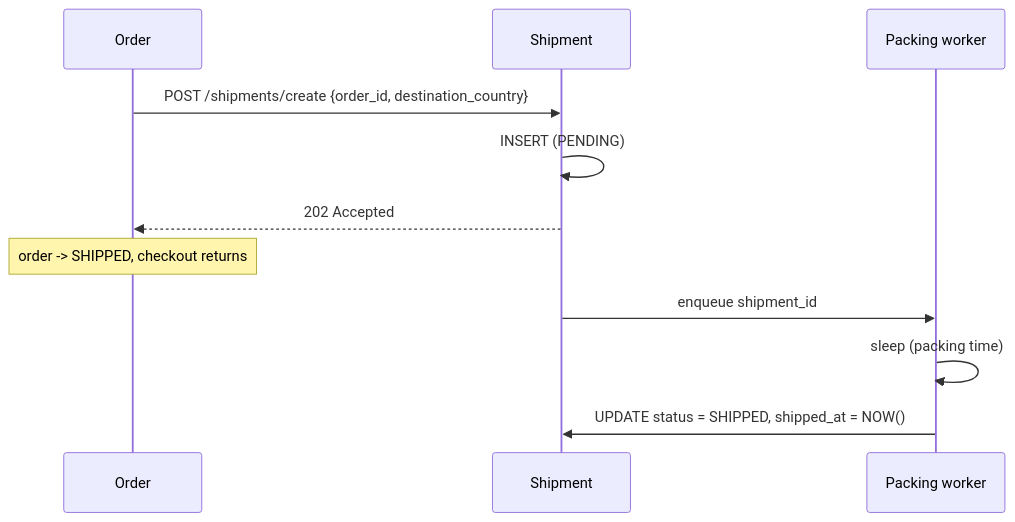
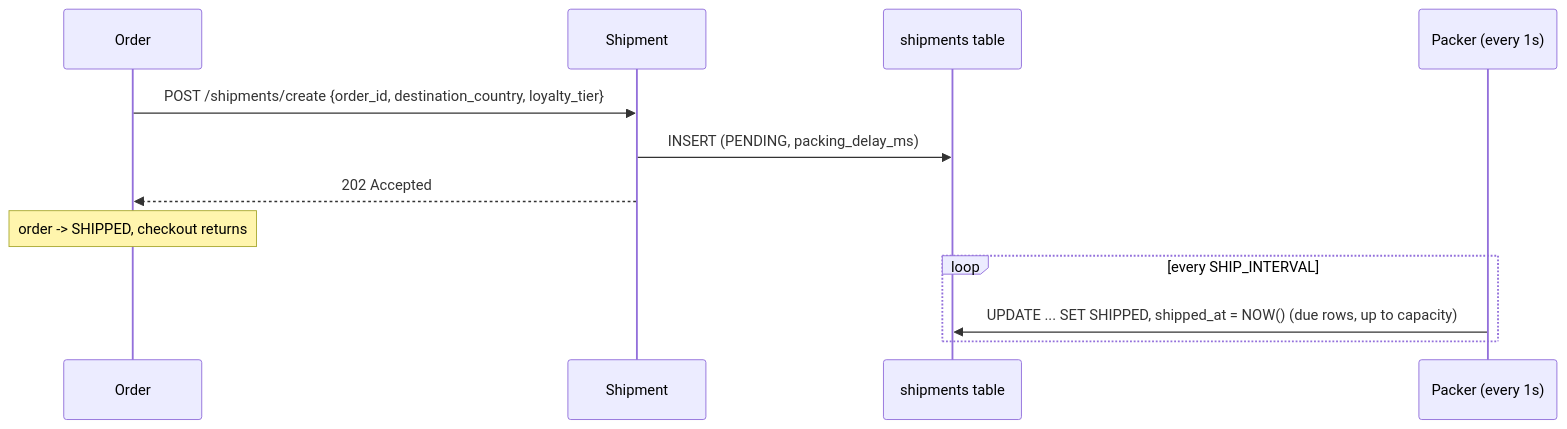
The second of 2 diagrams in docs/microservices/shipment-service.md (poph2/datastack), drawn with Mermaid before and after one commit. The commit also changed other lines of this file and 87 other files, not shown here.

First line of the commit message:
feat: implement shipment service with packing and shipping logic

````diff
--- a/docs/microservices/shipment-service.md
+++ b/docs/microservices/shipment-service.md
@@ -97,13 +174,14 @@
 ```mermaid
 sequenceDiagram
   participant O as Order
   participant S as Shipment
-  participant W as Packing worker
-  O->>S: POST /shipments/create {order_id, destination_country}
-  S->>S: INSERT (PENDING)
+  participant DB as shipments table
+  participant W as Packer (every 1s)
+  O->>S: POST /shipments/create {order_id, destination_country, loyalty_tier}
+  S->>DB: INSERT (PENDING, packing_delay_ms)
   S-->>O: 202 Accepted
   Note over O: order -> SHIPPED, checkout returns
-  S->>W: enqueue shipment_id
-  W->>W: sleep (packing time)
-  W->>S: UPDATE status = SHIPPED, shipped_at = NOW()
+  loop every SHIP_INTERVAL
+    W->>DB: UPDATE ... SET SHIPPED, shipped_at = NOW() (due rows, up to capacity)
+  end
 ```
````
